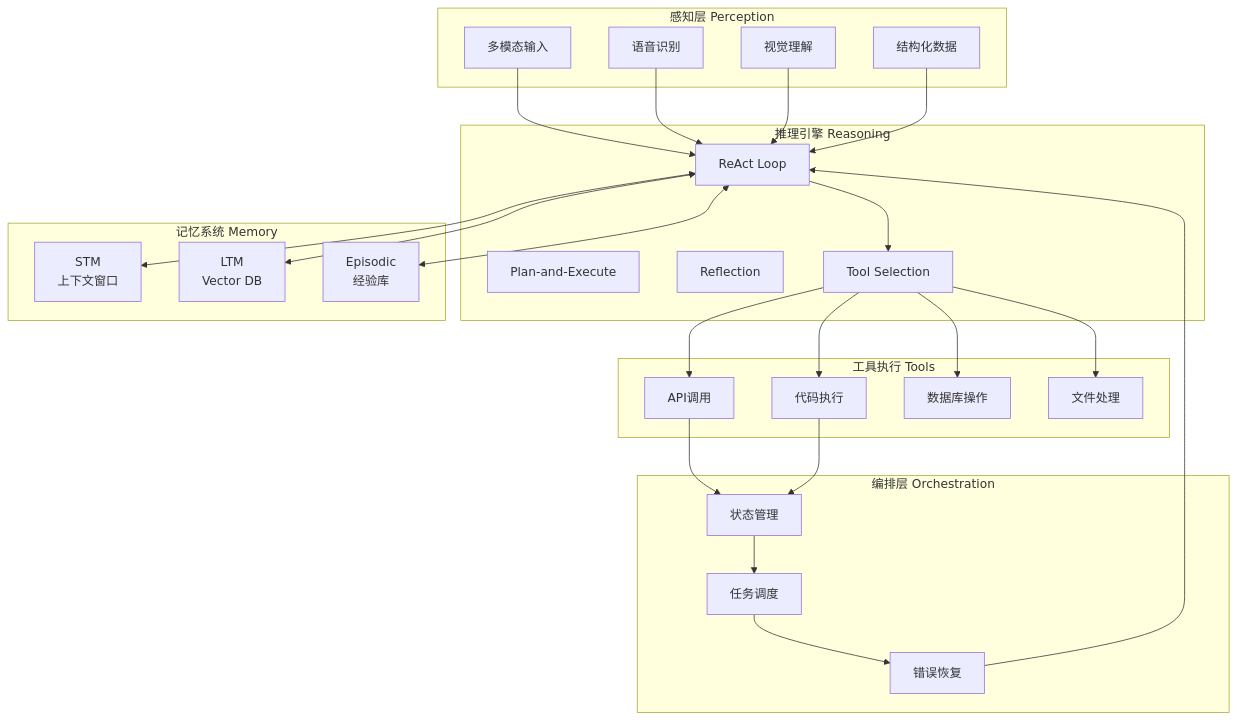
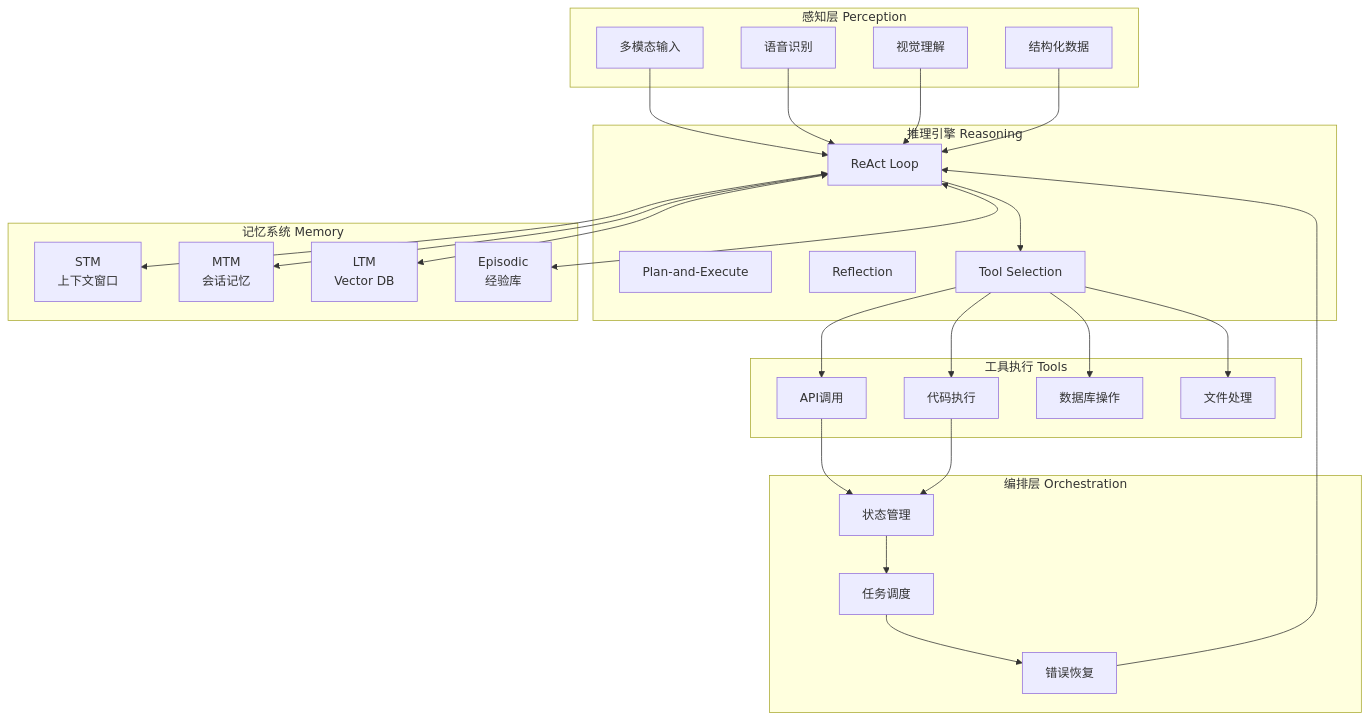
One commit to AdaMartin18010/AnalysisDataFlow changed the third of 18 diagrams in Knowledge/06-frontier/ai-agent-streaming-architecture.md. Above: the diagram before and after it, drawn with Mermaid. The commit also changed other lines of this file and 202 other files, not shown here.

````diff
--- a/Knowledge/06-frontier/ai-agent-streaming-architecture.md
+++ b/Knowledge/06-frontier/ai-agent-streaming-architecture.md
@@ -416,56 +599,58 @@
 ```mermaid
 graph TB
     subgraph "感知层 Perception"
         P1[多模态输入]
         P2[语音识别]
         P3[视觉理解]
         P4[结构化数据]
     end
 
     subgraph "推理引擎 Reasoning"
         R1[ReAct Loop]
         R2[Plan-and-Execute]
         R3[Reflection]
         R4[Tool Selection]
     end
 
     subgraph "记忆系统 Memory"
         M1[STM<br/>上下文窗口]
-        M2[LTM<br/>Vector DB]
-        M3[Episodic<br/>经验库]
+        M2[MTM<br/>会话记忆]
+        M3[LTM<br/>Vector DB]
+        M4[Episodic<br/>经验库]
     end
 
     subgraph "工具执行 Tools"
         T1[API调用]
         T2[代码执行]
         T3[数据库操作]
         T4[文件处理]
     end
 
     subgraph "编排层 Orchestration"
         O1[状态管理]
         O2[任务调度]
         O3[错误恢复]
     end
 
     P1 --> R1
     P2 --> R1
     P3 --> R1
     P4 --> R1
 
     R1 <--> M1
     R1 <--> M2
     R1 <--> M3
+    R1 <--> M4
 
     R1 --> R4
     R4 --> T1
     R4 --> T2
     R4 --> T3
     R4 --> T4
 
     T1 --> O1
     T2 --> O1
     O1 --> O2
     O2 --> O3
     O3 --> R1
 ```
````
